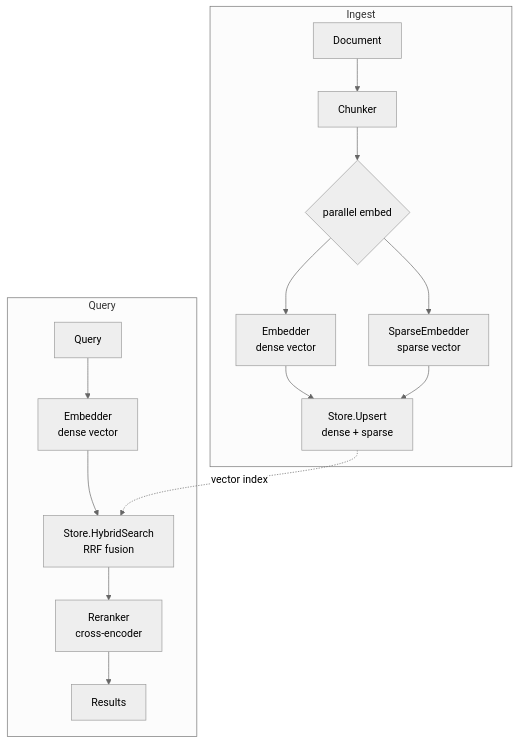
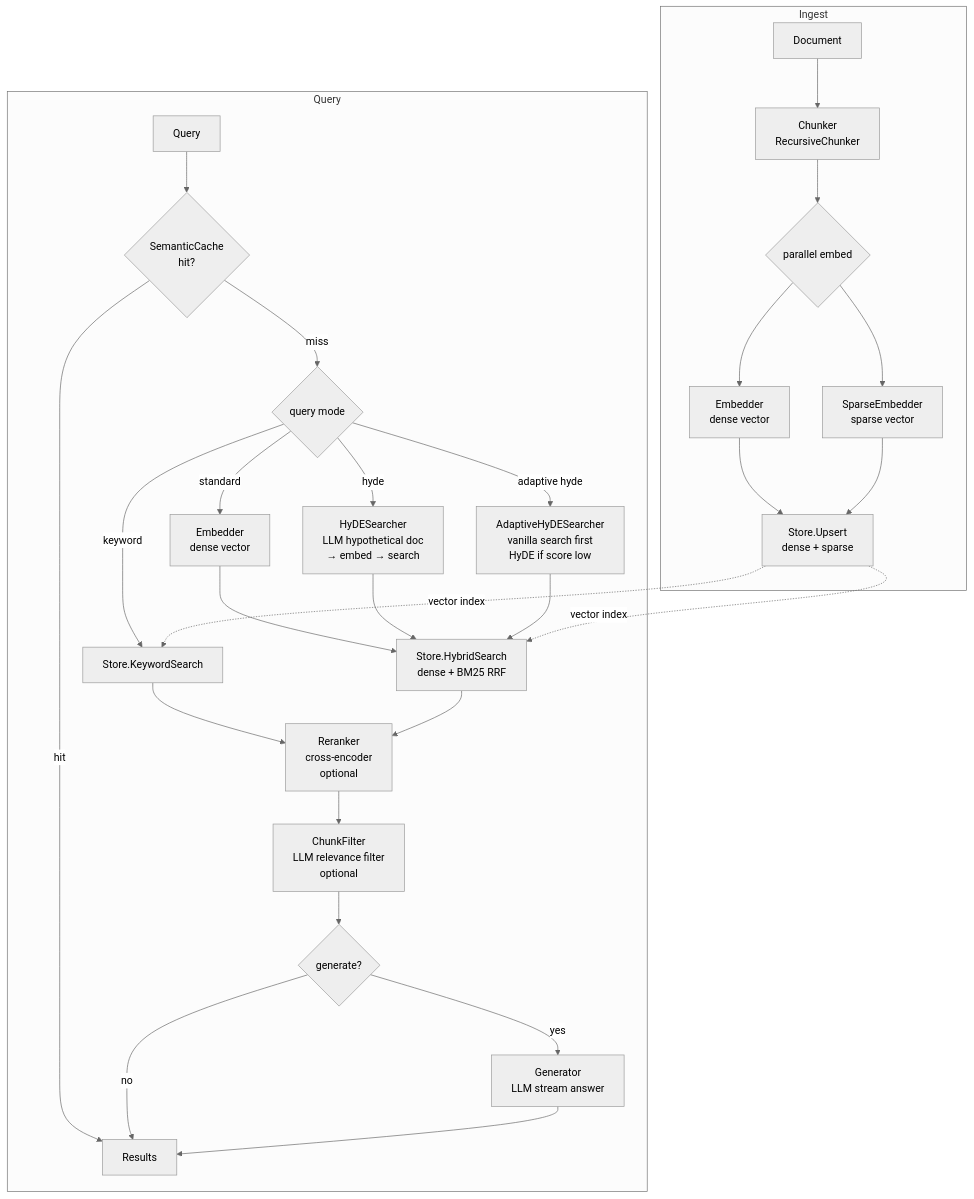
One commit to Chandra179/nadir changed the diagram in diagrams/pipeline.md. Above: the diagram before and after it, drawn with Mermaid (neutral theme). The commit also changed 28 other files, not shown here.

Commit message:
chunk filter & eval ops

````diff
--- a/diagrams/pipeline.md
+++ b/diagrams/pipeline.md
@@ -1,20 +1,37 @@
 ```mermaid
- graph TD
-     subgraph Ingest
-         A[Document] --> B[Chunker]
-         B --> C{parallel embed}
-         C --> D[Embedder\ndense vector]
-         C --> E[SparseEmbedder\nsparse vector]
-         D --> F[Store.Upsert\ndense + sparse]
-         E --> F
-     end
+graph TD
+    subgraph Ingest
+        A[Document] --> B[Chunker\nRecursiveChunker]
+        B --> C{parallel embed}
+        C --> D[Embedder\ndense vector]
+        C --> E[SparseEmbedder\nsparse vector]
+        D --> F[Store.Upsert\ndense + sparse]
+        E --> F
+    end
 
-     subgraph Query
-         G[Query] --> H[Embedder\ndense vector]
-         H --> I[Store.HybridSearch\nRRF fusion]
-         I --> J[Reranker\ncross-encoder]
-         J --> K[Results]
-     end
+    subgraph Query
+        G[Query] --> SC{SemanticCache\nhit?}
+        SC -->|hit| RES[Results]
+        SC -->|miss| QM{query mode}
 
-     F -.->|vector index| I
+        QM -->|keyword| KS[Store.KeywordSearch]
+        QM -->|adaptive hyde| AH[AdaptiveHyDESearcher\nvanilla search first\nHyDE if score low]
+        QM -->|hyde| HY[HyDESearcher\nLLM hypothetical doc\n→ embed → search]
+        QM -->|standard| EM[Embedder\ndense vector]
+
+        EM --> HS[Store.HybridSearch\ndense + BM25 RRF]
+        HY --> HS
+        AH --> HS
+        KS --> RR
+
+        HS --> RR[Reranker\ncross-encoder\noptional]
+        RR --> CF[ChunkFilter\nLLM relevance filter\noptional]
+        CF --> GEN{generate?}
+        GEN -->|yes| LLM[Generator\nLLM stream answer]
+        GEN -->|no| RES
+        LLM --> RES
+    end
+
+    F -.->|vector index| HS
+    F -.->|vector index| KS
 ```
````
